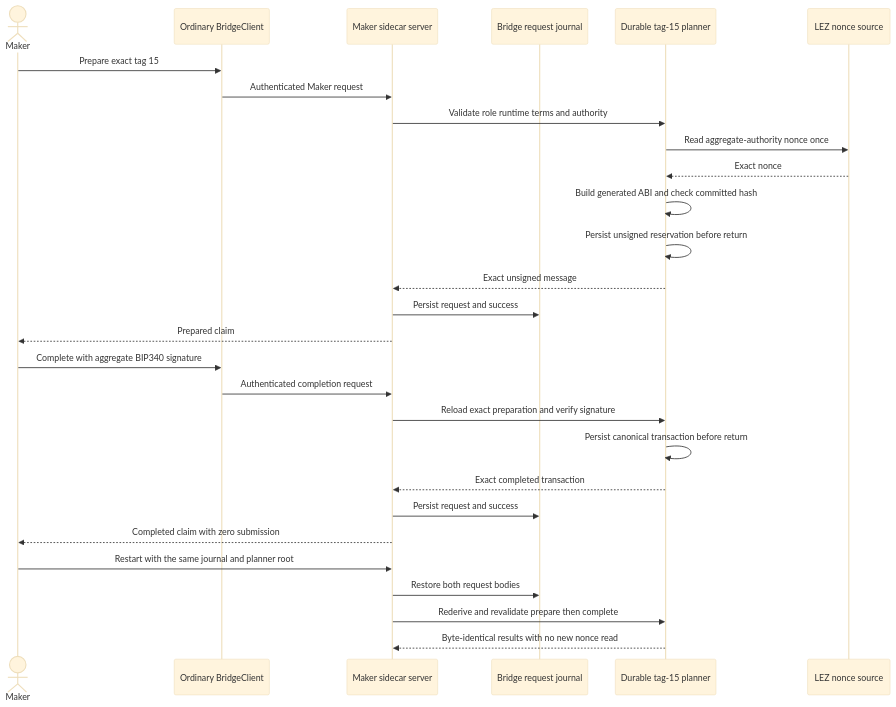
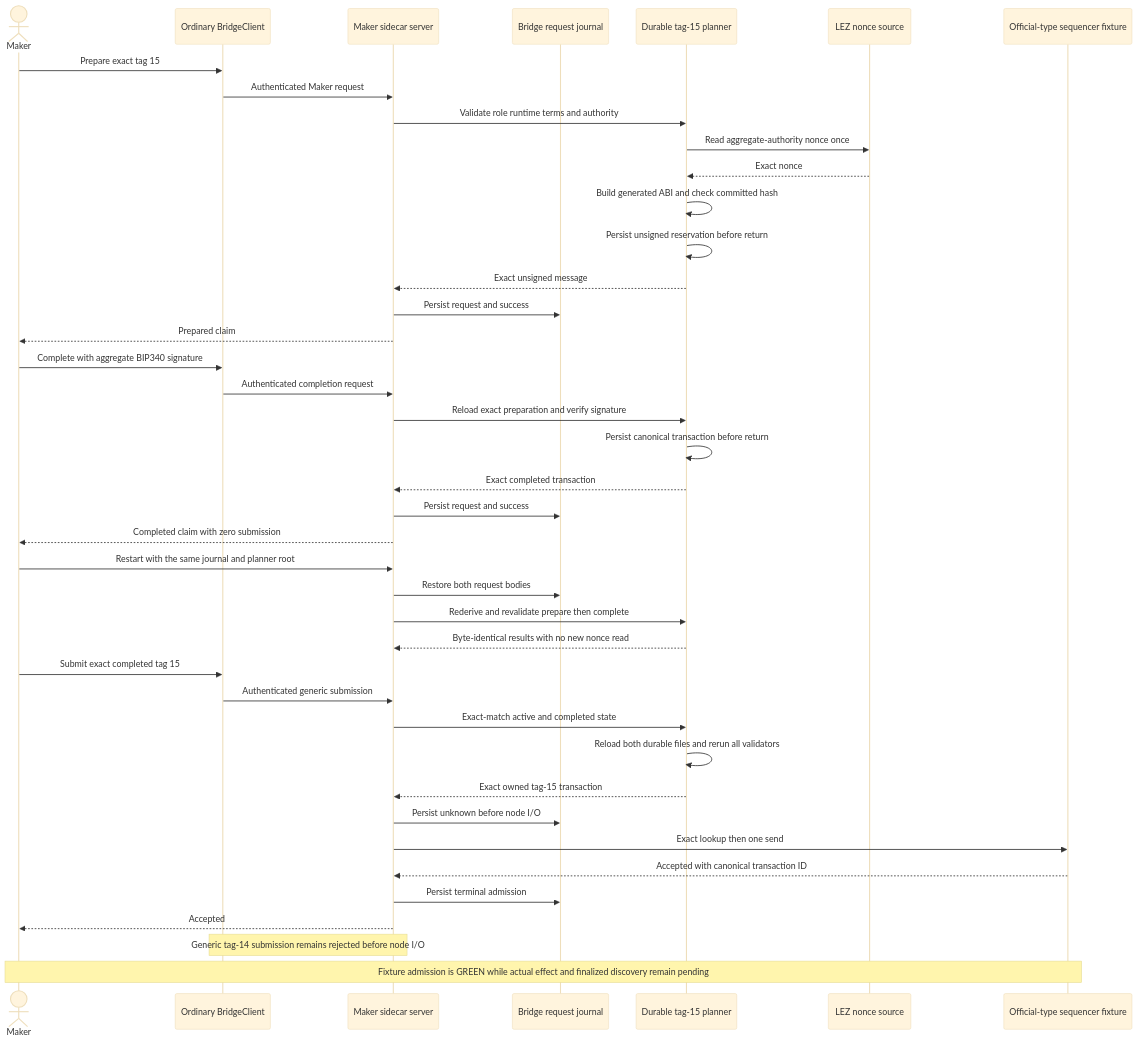
One commit to gateway-fm/lez-atomic-swaps changed the second of 2 diagrams in docs/architecture/0071-durably-prepare-and-complete-xmr-tag15.md. Above: the diagram before and after it, drawn with Mermaid (base theme). The commit also changed other lines of this file and 17 other files, not shown here.

Commit message:
feat(m4): gate stage-a effects and tag15 admission

````diff
--- a/docs/architecture/0071-durably-prepare-and-complete-xmr-tag15.md
+++ b/docs/architecture/0071-durably-prepare-and-complete-xmr-tag15.md
@@ -65,31 +78,44 @@
 ```mermaid
 sequenceDiagram
     actor Maker
     participant Client as Ordinary BridgeClient
     participant Server as Maker sidecar server
     participant Journal as Bridge request journal
     participant Planner as Durable tag-15 planner
     participant Nonce as LEZ nonce source
+    participant Fixture as Official-type sequencer fixture
 
     Maker->>Client: Prepare exact tag 15
     Client->>Server: Authenticated Maker request
     Server->>Planner: Validate role runtime terms and authority
     Planner->>Nonce: Read aggregate-authority nonce once
     Nonce-->>Planner: Exact nonce
     Planner->>Planner: Build generated ABI and check committed hash
     Planner->>Planner: Persist unsigned reservation before return
     Planner-->>Server: Exact unsigned message
     Server->>Journal: Persist request and success
     Server-->>Maker: Prepared claim
     Maker->>Client: Complete with aggregate BIP340 signature
     Client->>Server: Authenticated completion request
     Server->>Planner: Reload exact preparation and verify signature
     Planner->>Planner: Persist canonical transaction before return
     Planner-->>Server: Exact completed transaction
     Server->>Journal: Persist request and success
     Server-->>Maker: Completed claim with zero submission
     Maker->>Server: Restart with the same journal and planner root
     Server->>Journal: Restore both request bodies
     Server->>Planner: Rederive and revalidate prepare then complete
     Planner-->>Server: Byte-identical results with no new nonce read
+    Maker->>Client: Submit exact completed tag 15
+    Client->>Server: Authenticated generic submission
+    Server->>Planner: Exact-match active and completed state
+    Planner->>Planner: Reload both durable files and rerun all validators
+    Planner-->>Server: Exact owned tag-15 transaction
+    Server->>Journal: Persist unknown before node I/O
+    Server->>Fixture: Exact lookup then one send
+    Fixture-->>Server: Accepted with canonical transaction ID
+    Server->>Journal: Persist terminal admission
+    Server-->>Maker: Accepted
+    Note over Client,Server: Generic tag-14 submission remains rejected before node I/O
+    Note over Maker,Fixture: Fixture admission is GREEN while actual effect and finalized discovery remain pending
 ```
````
